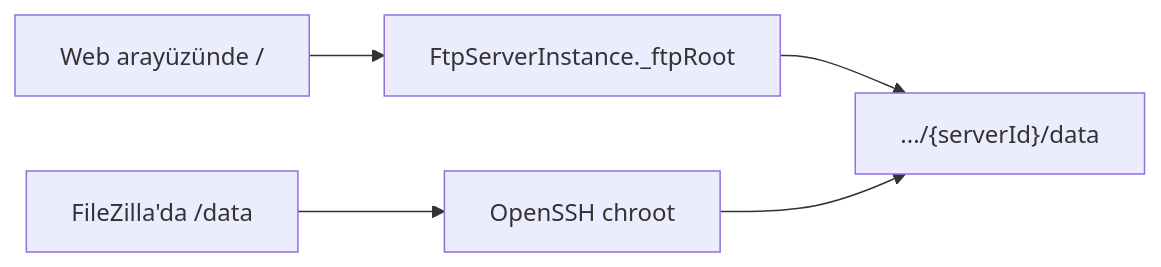
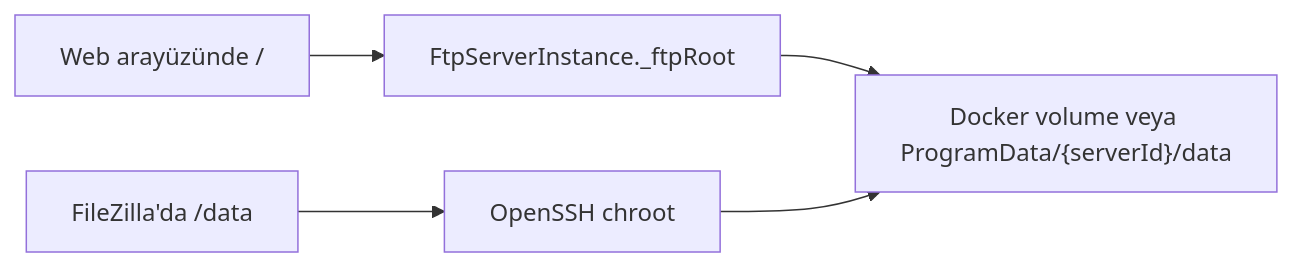
Diagram 12 of 13 in docs/03_AKISLAR_VE_PROTOKOLLER.md (ottamina/FTP_Dosya_Yonetimi), drawn with Mermaid before and after one commit. The commit also changed other lines of this file and 9 other files, not shown here.

````diff
--- a/docs/03_AKISLAR_VE_PROTOKOLLER.md
+++ b/docs/03_AKISLAR_VE_PROTOKOLLER.md
@@ -216,7 +223,7 @@
 ```mermaid
 flowchart LR
     UI["Web arayüzünde /"] --> FTP["FtpServerInstance._ftpRoot"]
-    FTP --> DATA[".../{serverId}/data"]
+    FTP --> DATA["Docker volume veya ProgramData/{serverId}/data"]
     FZ["FileZilla'da /data"] --> SSH["OpenSSH chroot"]
     SSH --> DATA
 ```
````
